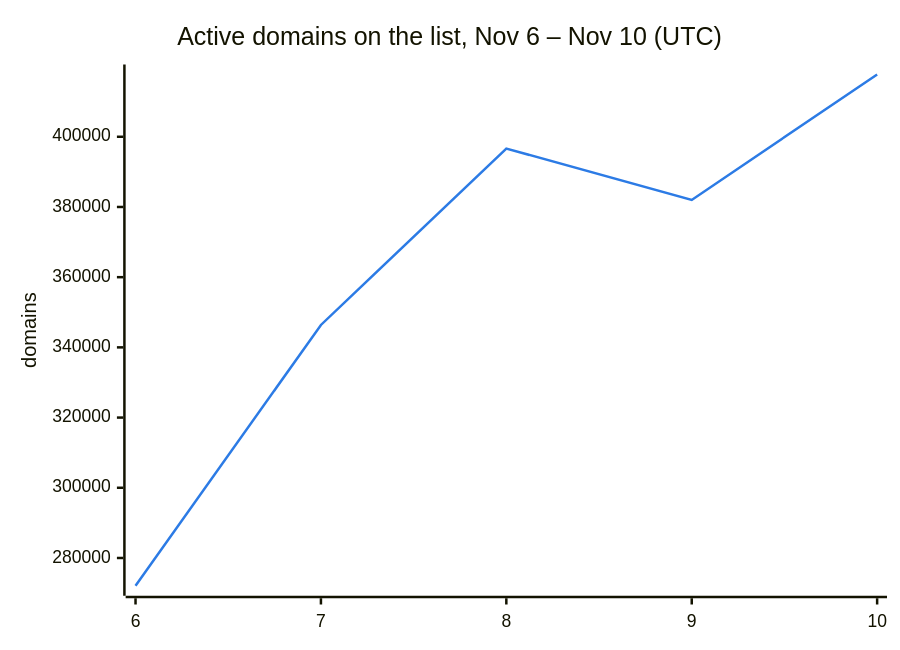
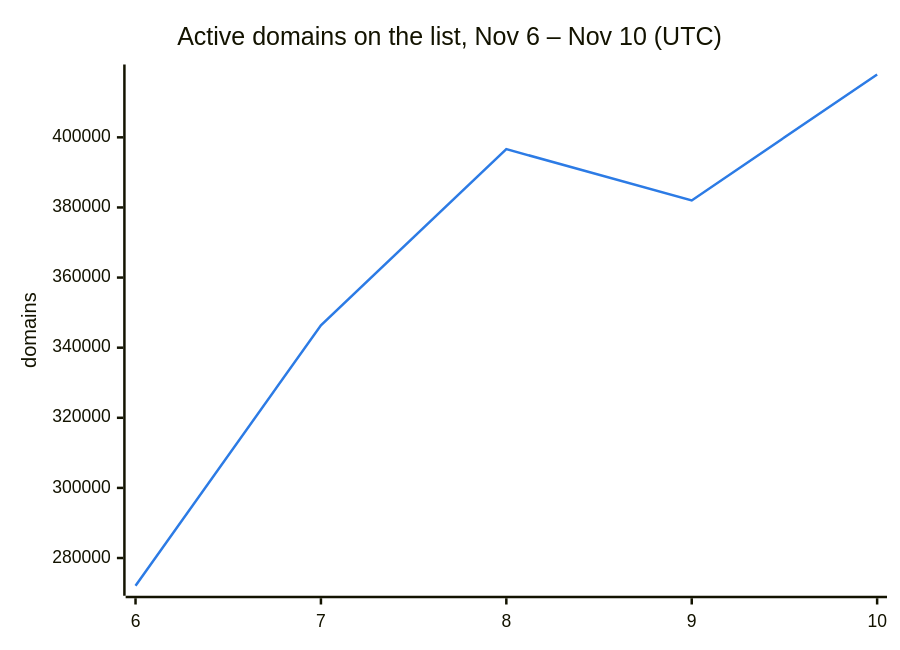
One commit to DNSBunker/CTI changed the second of 3 diagrams in README.md. Above: the diagram before and after it, drawn with Mermaid. The commit also changed other lines of this file and 3 other files, not shown here.

````diff
--- a/README.md
+++ b/README.md
@@ -38,8 +38,8 @@
 ```mermaid
 %%{init: {"themeVariables": {"xyChart": {"plotColorPalette": "#2c7be5"}}}}%%
 xychart-beta
     title "Active domains on the list, Nov 6 – Nov 10 (UTC)"
     x-axis ["6", "7", "8", "9", "10"]
     y-axis "domains"
-    line [272088, 346388, 396638, 382009, 417741]
+    line [272088, 346388, 396638, 382009, 417927]
 ```
````
